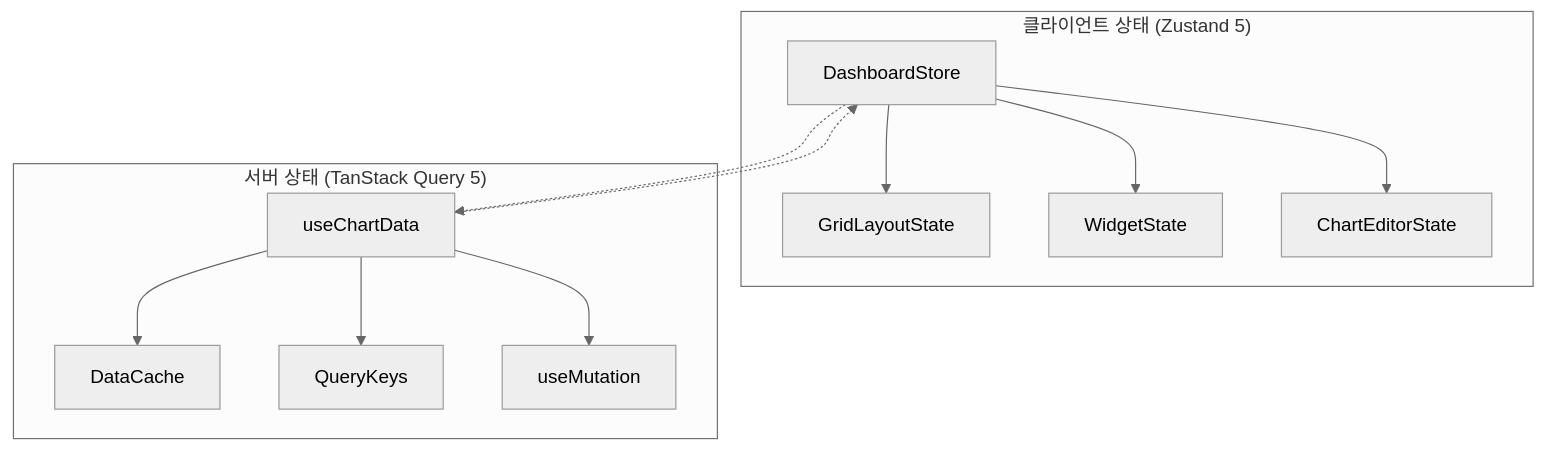
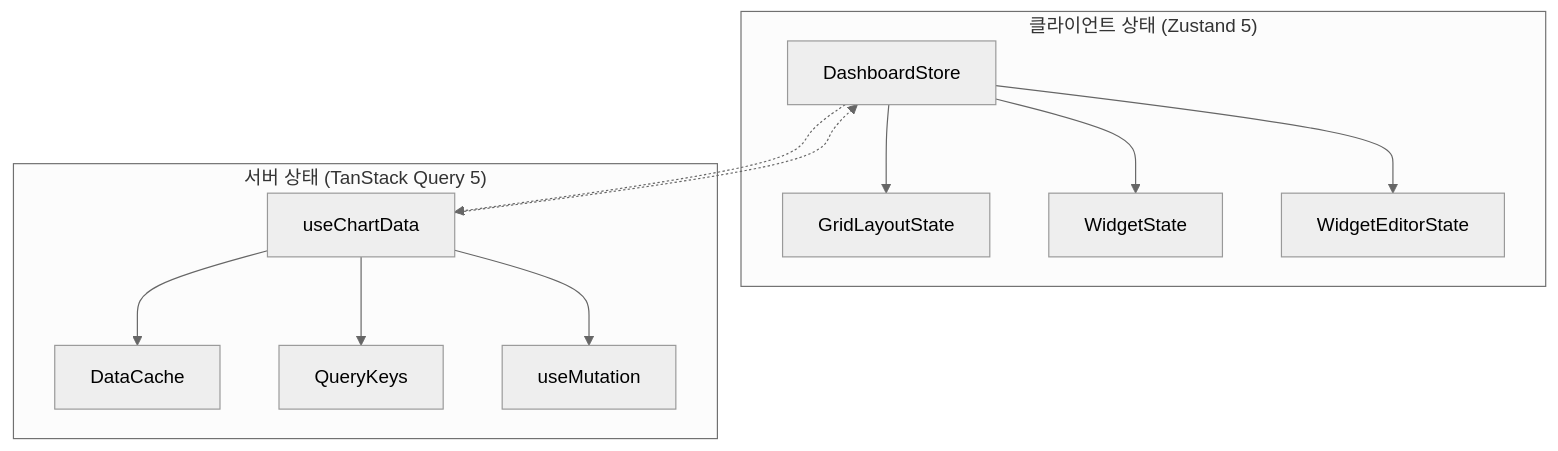
One commit to Seungwoo321/etorch-docs changed diagram 18 of 20 in ui-design/user-flows.md. Above: the diagram before and after it, drawn with Mermaid (neutral theme). The commit also changed other lines of this file, not shown here.

````diff
--- a/ui-design/user-flows.md
+++ b/ui-design/user-flows.md
@@ -754,17 +754,17 @@
 ```mermaid
 flowchart TD
     subgraph "클라이언트 상태 (Zustand 5)"
         Z1[DashboardStore] --> Z2[GridLayoutState]
         Z1 --> Z3[WidgetState]
-        Z1 --> Z4[ChartEditorState]
+        Z1 --> Z4[WidgetEditorState]
     end
     
     subgraph "서버 상태 (TanStack Query 5)"
         T1[useChartData] --> T2[DataCache]
         T1 --> T3[QueryKeys]
         T1 --> T4[useMutation]
     end
     
     Z1 -.-> T1
     T1 -.-> Z1
 ```
````
